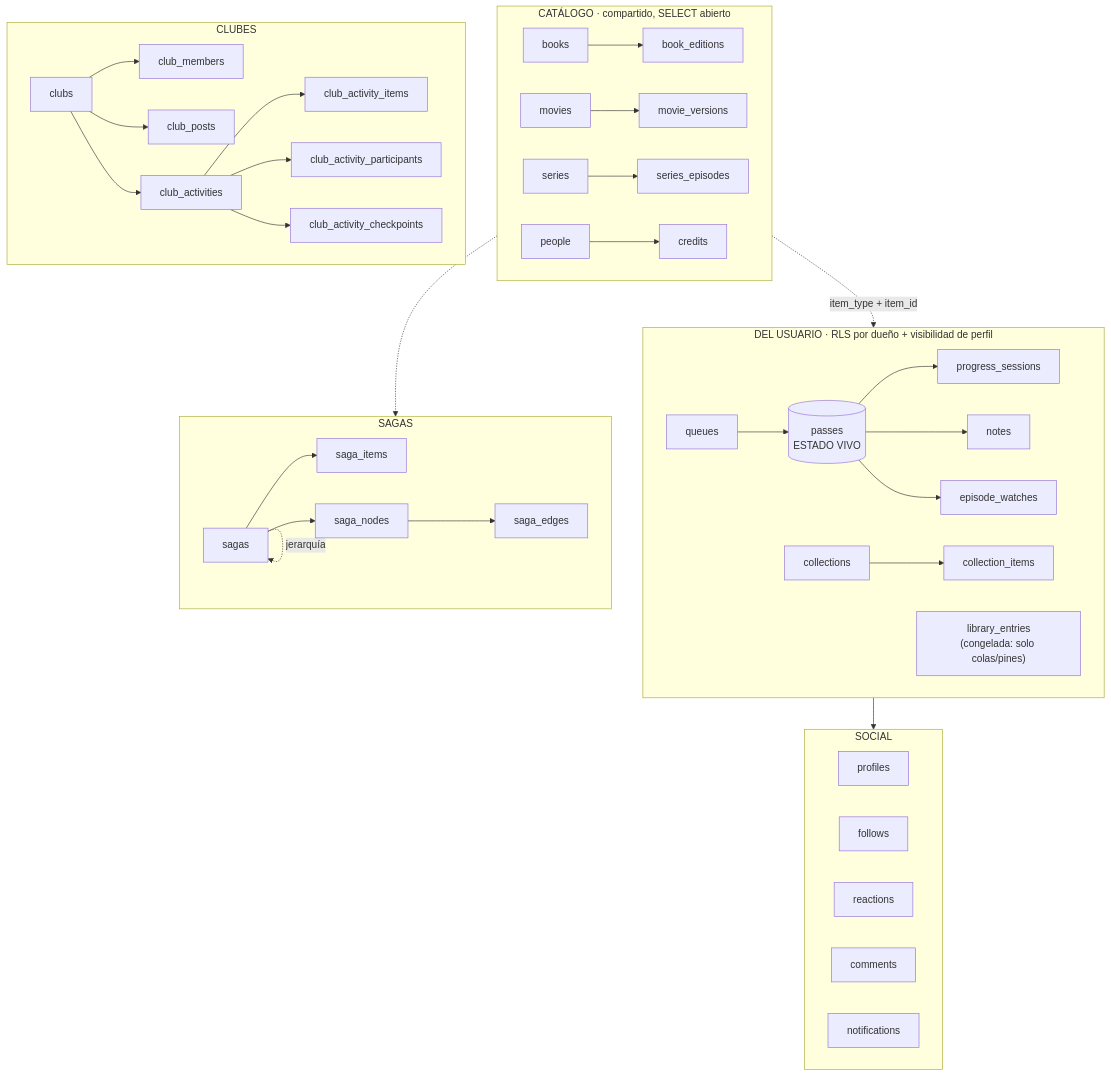
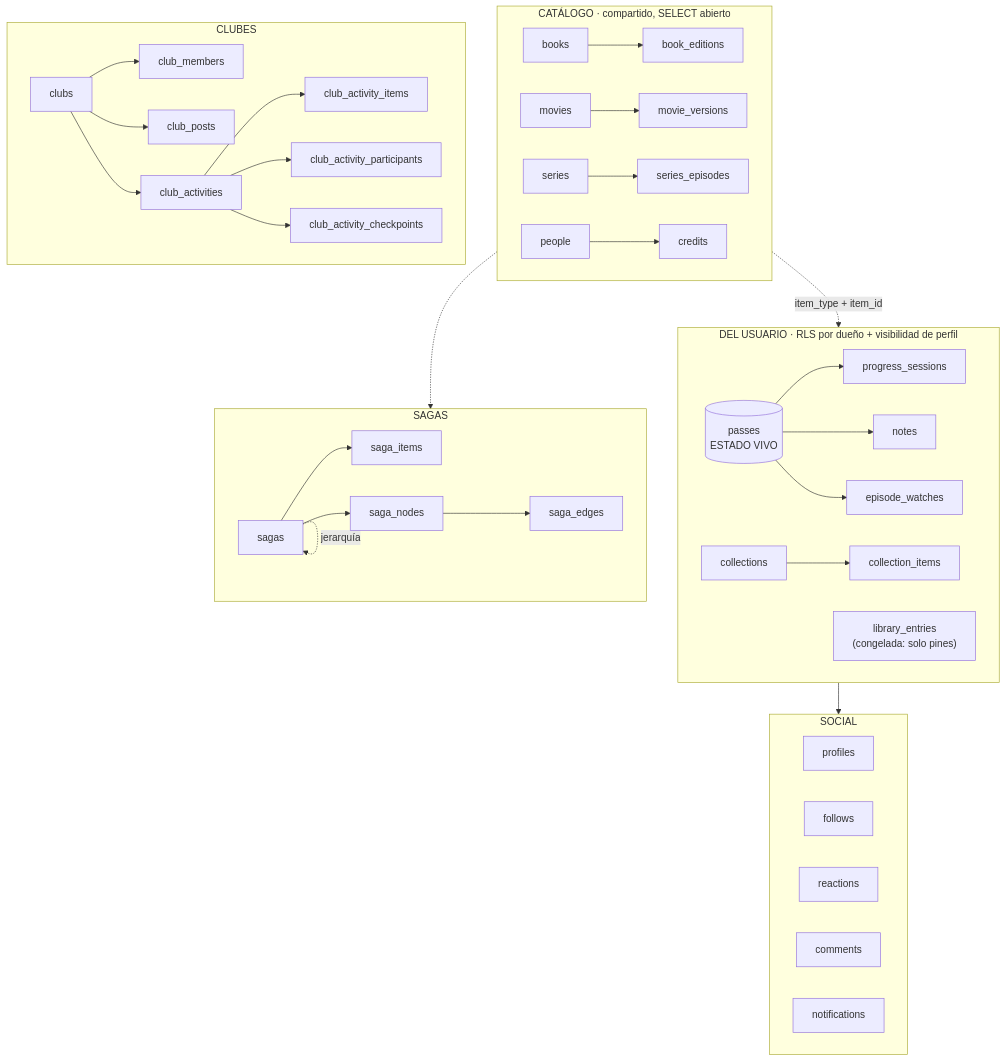
The diagram in docs/requirements/data-model.md (borjar20/Biblioshare), drawn with Mermaid before and after one commit. The commit also changed other lines of this file and 2 other files, not shown here.

Commit message:
docs: cierra la retirada de colas en prod y añade el chequeo de deriva dev-prod (#121, #122)

````diff
--- a/docs/requirements/data-model.md
+++ b/docs/requirements/data-model.md
@@ -35,42 +36,42 @@
 ```mermaid
 graph TB
     subgraph CAT["CATÁLOGO · compartido, SELECT abierto"]
         books[books]; movies[movies]; series[series]
         eds[book_editions]; vers[movie_versions]; eps[series_episodes]
         people[people]; credits[credits]
         books --> eds; movies --> vers; series --> eps
         people --> credits
     end
 
     subgraph USER["DEL USUARIO · RLS por dueño + visibilidad de perfil"]
         passes[("passes<br/>ESTADO VIVO")]
         sessions[progress_sessions]; notes[notes]; watches[episode_watches]
-        libe["library_entries<br/>(congelada: solo colas/pines)"]
-        queues[queues]; colls[collections]; ci[collection_items]
+        libe["library_entries<br/>(congelada: solo pines)"]
+        colls[collections]; ci[collection_items]
         passes --> sessions; passes --> notes; passes --> watches
-        queues --> passes; colls --> ci
+        colls --> ci
     end
 
     subgraph SOCIAL["SOCIAL"]
         profiles[profiles]; follows[follows]
         reactions[reactions]; comments[comments]; notifs[notifications]
     end
 
     subgraph CLUBS["CLUBES"]
         clubs[clubs]; cm[club_members]; cp[club_posts]
         ca[club_activities]; cai[club_activity_items]
         cap[club_activity_participants]; cach[club_activity_checkpoints]
         clubs --> cm; clubs --> cp; clubs --> ca
         ca --> cai; ca --> cap; ca --> cach
     end
 
     subgraph SAGAS["SAGAS"]
         sagas[sagas]; si[saga_items]; sn[saga_nodes]; se[saga_edges]
         sagas --> si; sagas --> sn; sn --> se
         sagas -. jerarquía .-> sagas
     end
 
     CAT -. "item_type + item_id" .-> USER
     CAT -.-> SAGAS
     USER --> SOCIAL
 ```
````
